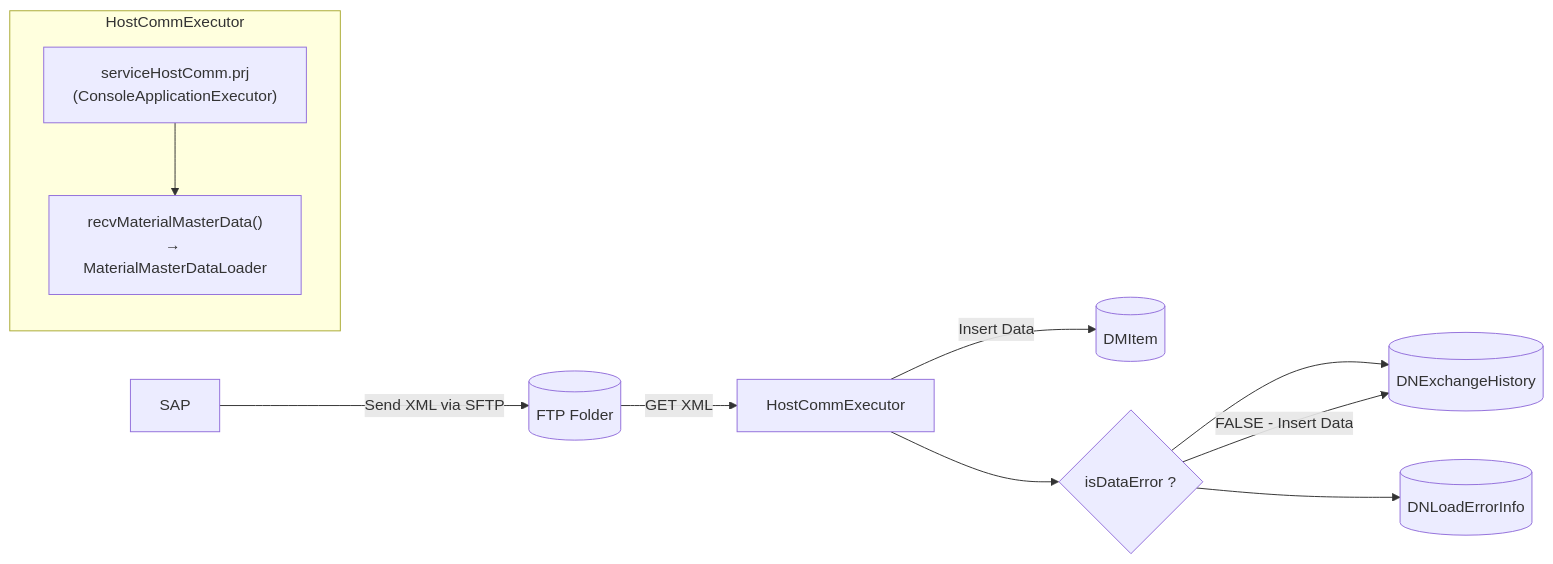
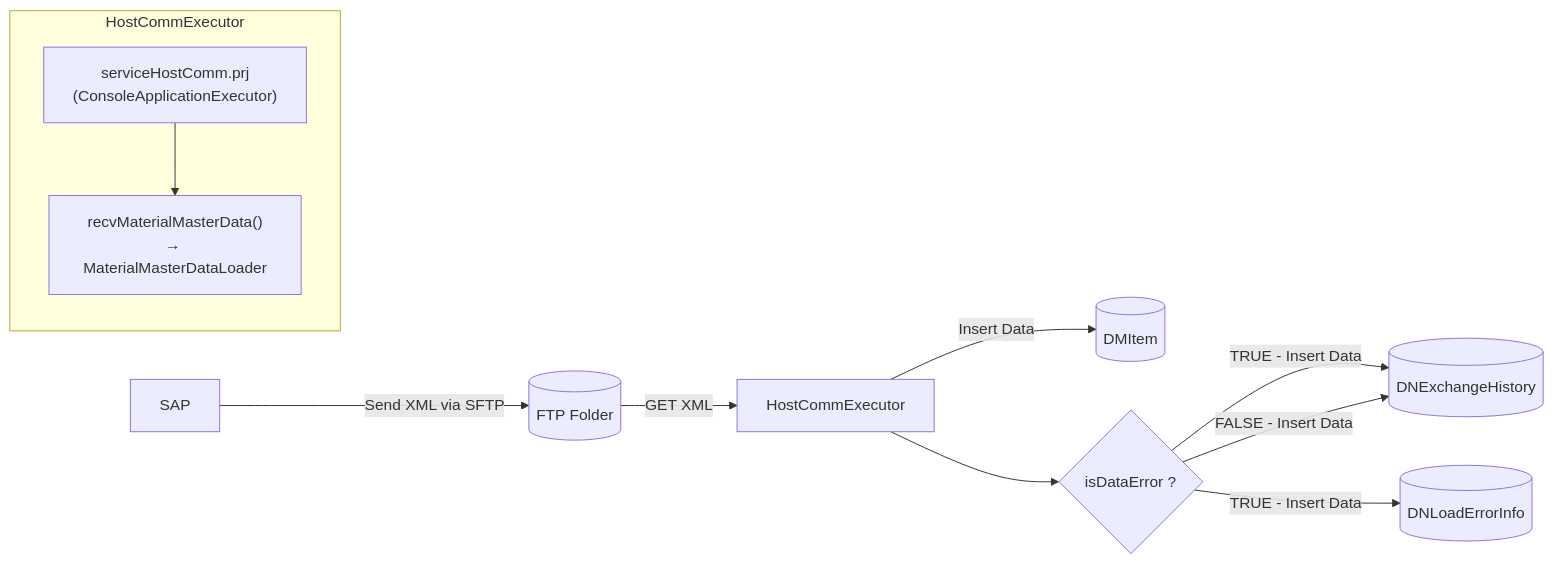
The diagram in Basic-Design/Host-Interfaces/Material-Master-Data.md (luthfiadityaa/SimeDarby-Wiki), drawn with Mermaid before and after one commit.

Commit message:
Updated Material Master Data

```diff
--- a/Basic-Design/Host-Interfaces/Material-Master-Data.md
+++ b/Basic-Design/Host-Interfaces/Material-Master-Data.md
@@ -11,16 +11,16 @@
 ::: mermaid
 flowchart LR
     A[SAP] -->|Send XML via SFTP| B[(FTP Folder)]
     B -->|GET XML| C[HostCommExecutor]
     C -->|Insert Data| E[(DMItem)]
     C --> Cond1{"isDataError ?"} 
-    Cond1 --> F[(DNExchangeHistory)]
-    Cond1 --> G[(DNLoadErrorInfo)]
+    Cond1 --> |TRUE - Insert Data| F[(DNExchangeHistory)]
+    Cond1 --> |TRUE - Insert Data| G[(DNLoadErrorInfo)]
     Cond1 --> |FALSE - Insert Data| F
 
     subgraph HostCommExecutor
         C1["serviceHostComm.prj<br>(ConsoleApplicationExecutor)"]
         C2["recvMaterialMasterData()<br>→ MaterialMasterDataLoader"]
         C1 --> C2
     end
 :::
```
